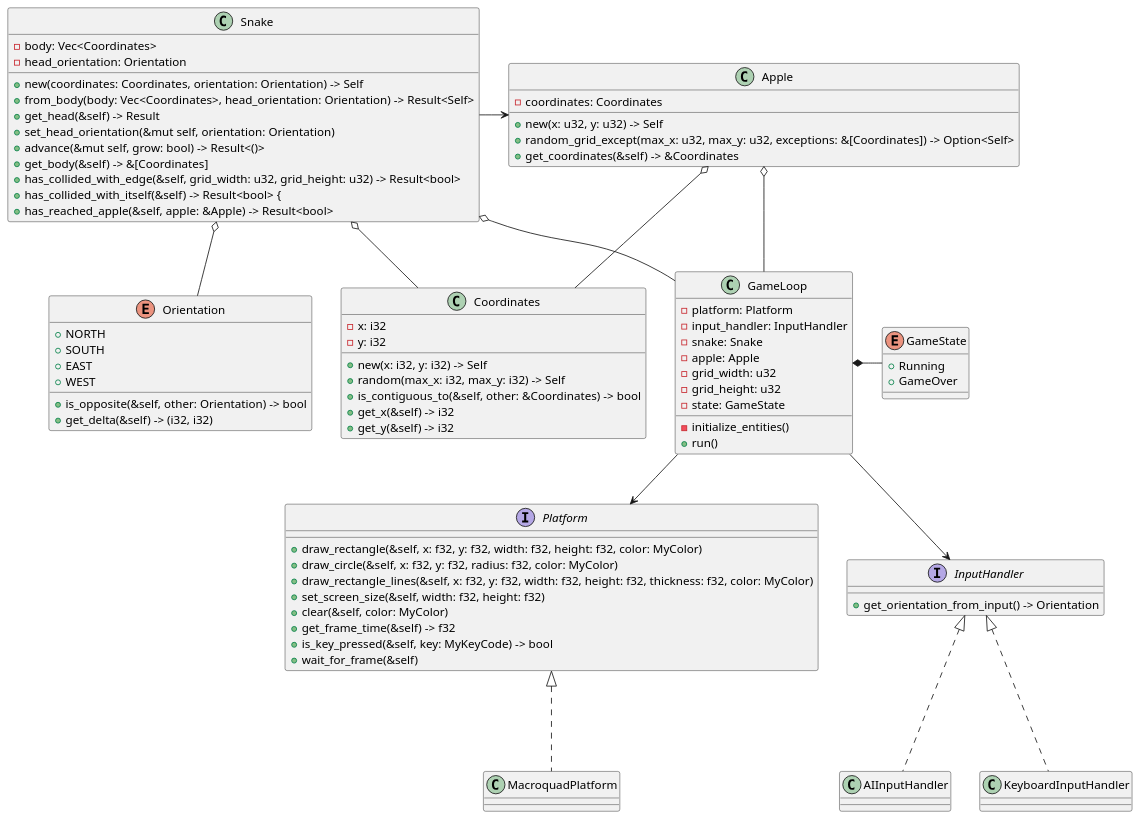
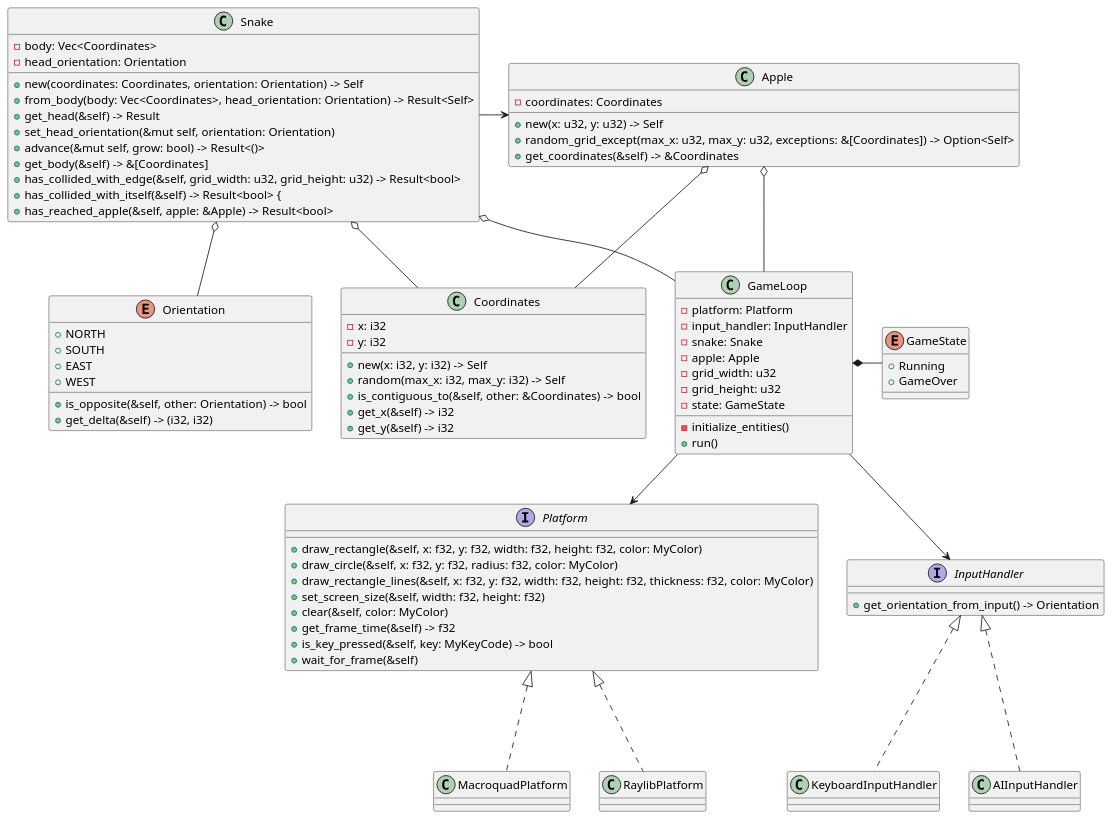
Before and after one commit to jmihali/snake-rust: the diagram in docs/diagrams/src/class_diagram.wsd, drawn with PlantUML.

Commit message:
docs: add RaylibPlatform to the class diagram

```diff
--- a/docs/diagrams/src/class_diagram.wsd
+++ b/docs/diagrams/src/class_diagram.wsd
@@ -1,93 +1,95 @@
 @startuml joan
 
 Class Snake {
 - body: Vec<Coordinates>
 - head_orientation: Orientation
 + new(coordinates: Coordinates, orientation: Orientation) -> Self
 + from_body(body: Vec<Coordinates>, head_orientation: Orientation) -> Result<Self>
 + get_head(&self) -> Result<&Coordinates>
 + set_head_orientation(&mut self, orientation: Orientation) 
 + advance(&mut self, grow: bool) -> Result<()>
 + get_body(&self) -> &[Coordinates]
 + has_collided_with_edge(&self, grid_width: u32, grid_height: u32) -> Result<bool>
 + has_collided_with_itself(&self) -> Result<bool> {
 + has_reached_apple(&self, apple: &Apple) -> Result<bool>
 }
 
 Class Apple {
 - coordinates: Coordinates
 + new(x: u32, y: u32) -> Self
 + random_grid_except(max_x: u32, max_y: u32, exceptions: &[Coordinates]) -> Option<Self>
 + get_coordinates(&self) -> &Coordinates
 }
 
 Class Coordinates {
 - x: i32
 - y: i32
 + new(x: i32, y: i32) -> Self
 + random(max_x: i32, max_y: i32) -> Self
 + is_contiguous_to(&self, other: &Coordinates) -> bool
 + get_x(&self) -> i32
 + get_y(&self) -> i32
 }
 
 Enum Orientation {
     + NORTH
     + SOUTH
     + EAST
     + WEST
     + is_opposite(&self, other: Orientation) -> bool
     + get_delta(&self) -> (i32, i32)
 }
 
 Class GameLoop {
 - platform: Platform
 - input_handler: InputHandler
 - snake: Snake
 - apple: Apple
 - grid_width: u32
 - grid_height: u32
 - state: GameState
 - initialize_entities()
 + run()
 }
 
 Enum GameState {
     + Running
     + GameOver
 }
 
 Interface Platform {
 + draw_rectangle(&self, x: f32, y: f32, width: f32, height: f32, color: MyColor)
 + draw_circle(&self, x: f32, y: f32, radius: f32, color: MyColor)
 + draw_rectangle_lines(&self, x: f32, y: f32, width: f32, height: f32, thickness: f32, color: MyColor)
 + set_screen_size(&self, width: f32, height: f32)
 + clear(&self, color: MyColor)
 + get_frame_time(&self) -> f32
 + is_key_pressed(&self, key: MyKeyCode) -> bool
 + wait_for_frame(&self)
 }
 
 Interface InputHandler {
 + get_orientation_from_input() -> Orientation
 }
 
 Snake -> Apple
 Snake o-- Coordinates
 Snake o-- Orientation
 Apple o- Coordinates
 
 GameLoop -up-o Snake
 GameLoop -up-o Apple
 
 GameLoop -down-> Platform
 GameLoop -down-> InputHandler
 
 GameLoop *-right- GameState
 Platform -right[hidden]- InputHandler
 
 MacroquadPlatform -up..|> Platform
+RaylibPlatform -up..|> Platform
+
 KeyboardInputHandler -up..|> InputHandler
 AIInputHandler -up..|> InputHandler
 
 @enduml
```
